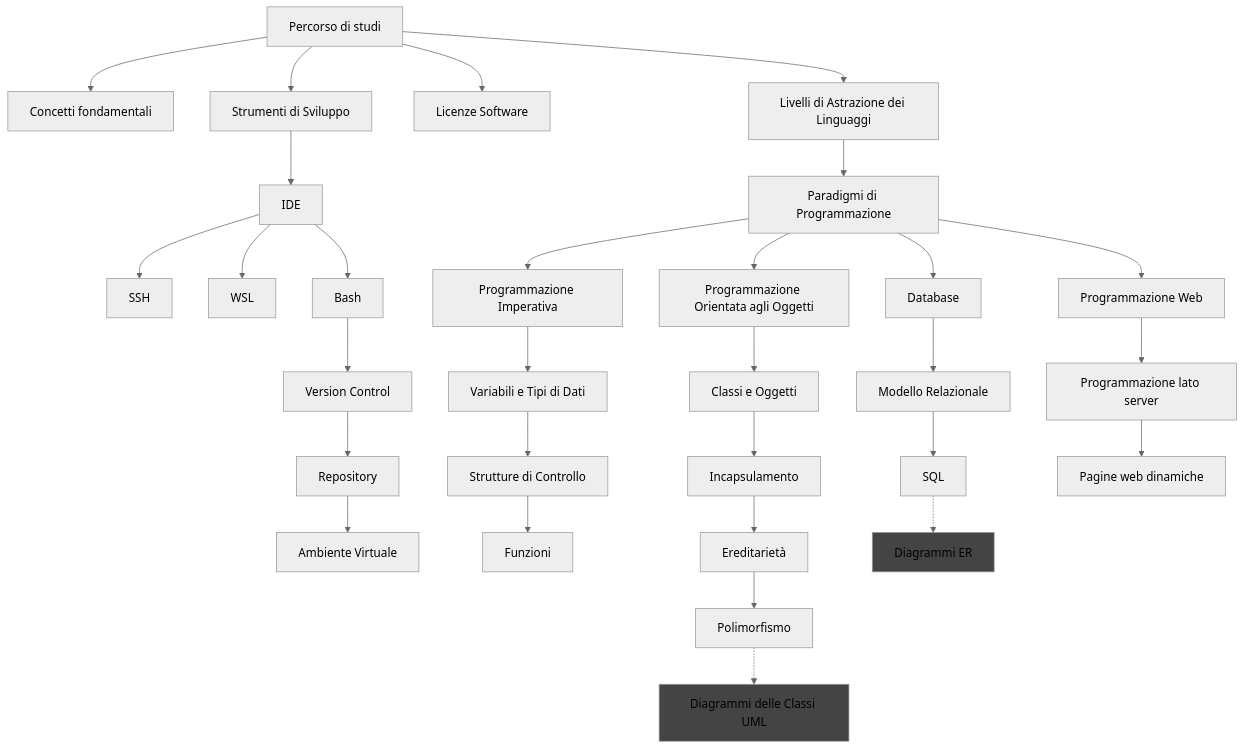
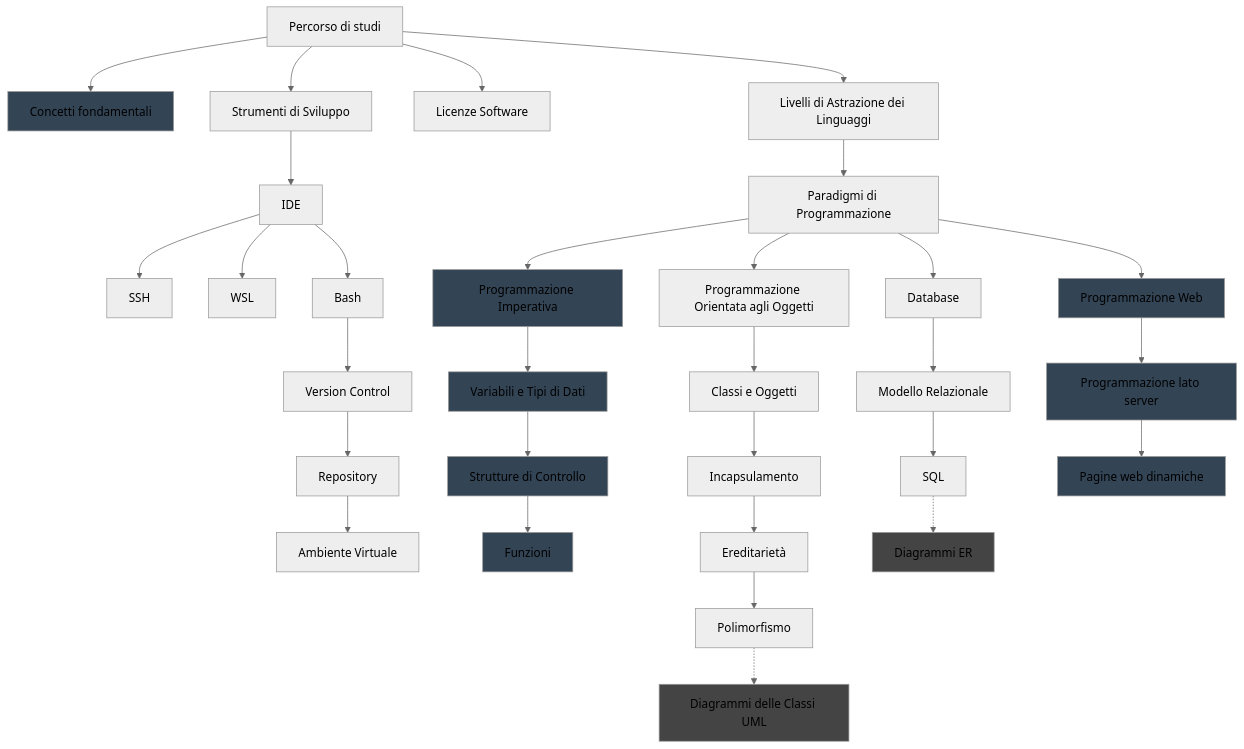
One commit to angelogalantiscuola/IT changed the diagram in _percorso_di_studi.md. Above: the diagram before and after it, drawn with Mermaid (neutral theme). The commit also changed 8 other files, not shown here.

Commit message:
uml done

````diff
--- a/_percorso_di_studi.md
+++ b/_percorso_di_studi.md
@@ -3,46 +3,55 @@
 ```mermaid
 graph TD
     AB[Percorso di studi]
 
     AB --> AD
     AD[Concetti fondamentali]
+    style AD fill:#345
 
     AB --> A
     A[Strumenti di Sviluppo] --> B[IDE]
     B --> C[SSH]
     B --> D[WSL]
     B --> E[Bash]
     E --> F[Version Control]
     F --> G[Repository]
     G --> H[Ambiente Virtuale]
     
     AB --> AC
     AC[Licenze Software]
     
     AB --> J
     J[Livelli di Astrazione dei Linguaggi] --> K[Paradigmi di Programmazione]
     
     K --> L[Programmazione Imperativa]
     L --> M[Variabili e Tipi di Dati]
     M --> N[Strutture di Controllo]
     N --> O[Funzioni]
+    style L fill:#345
+    style M fill:#345
+    style N fill:#345
+    style O fill:#345
     
     K --> P
     P[Programmazione Orientata agli Oggetti] --> Q[Classi e Oggetti]
     Q --> R[Incapsulamento]
     R --> S[Ereditarietà]
     S --> T[Polimorfismo]
     T .-> Z[Diagrammi delle Classi UML]
     style Z fill:#444
     
     K --> U
     U[Database] --> V[Modello Relazionale]
     V --> W[SQL]
     W .-> AA[Diagrammi ER]
     style AA fill:#444
 
     K --> AE
     AE[Programmazione Web] --> AF[Programmazione lato server]
     AF --> AG[Pagine web dinamiche]
-        
+    style AE fill:#345
+    style AF fill:#345
+    style AG fill:#345
+
+
 ```
````
